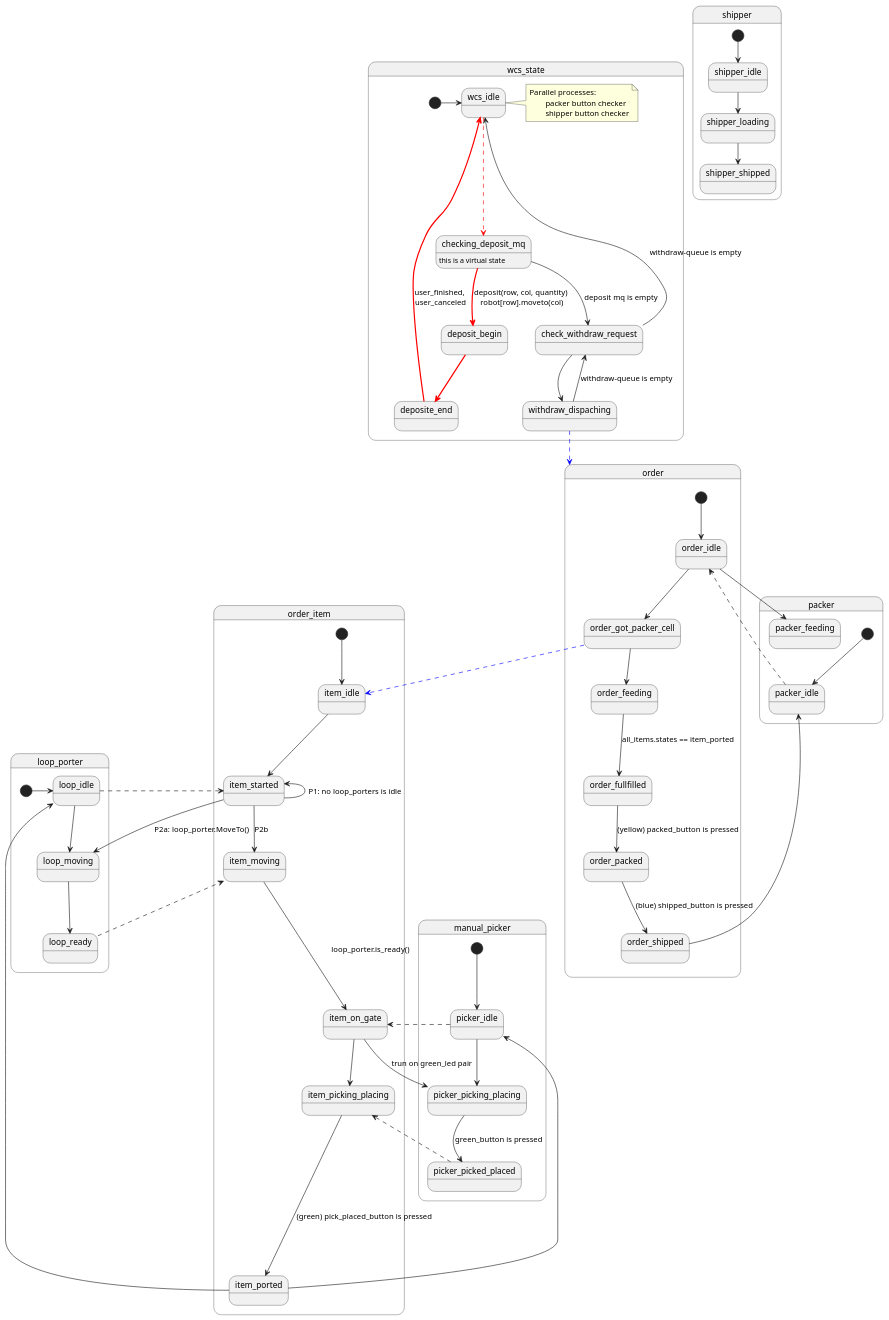
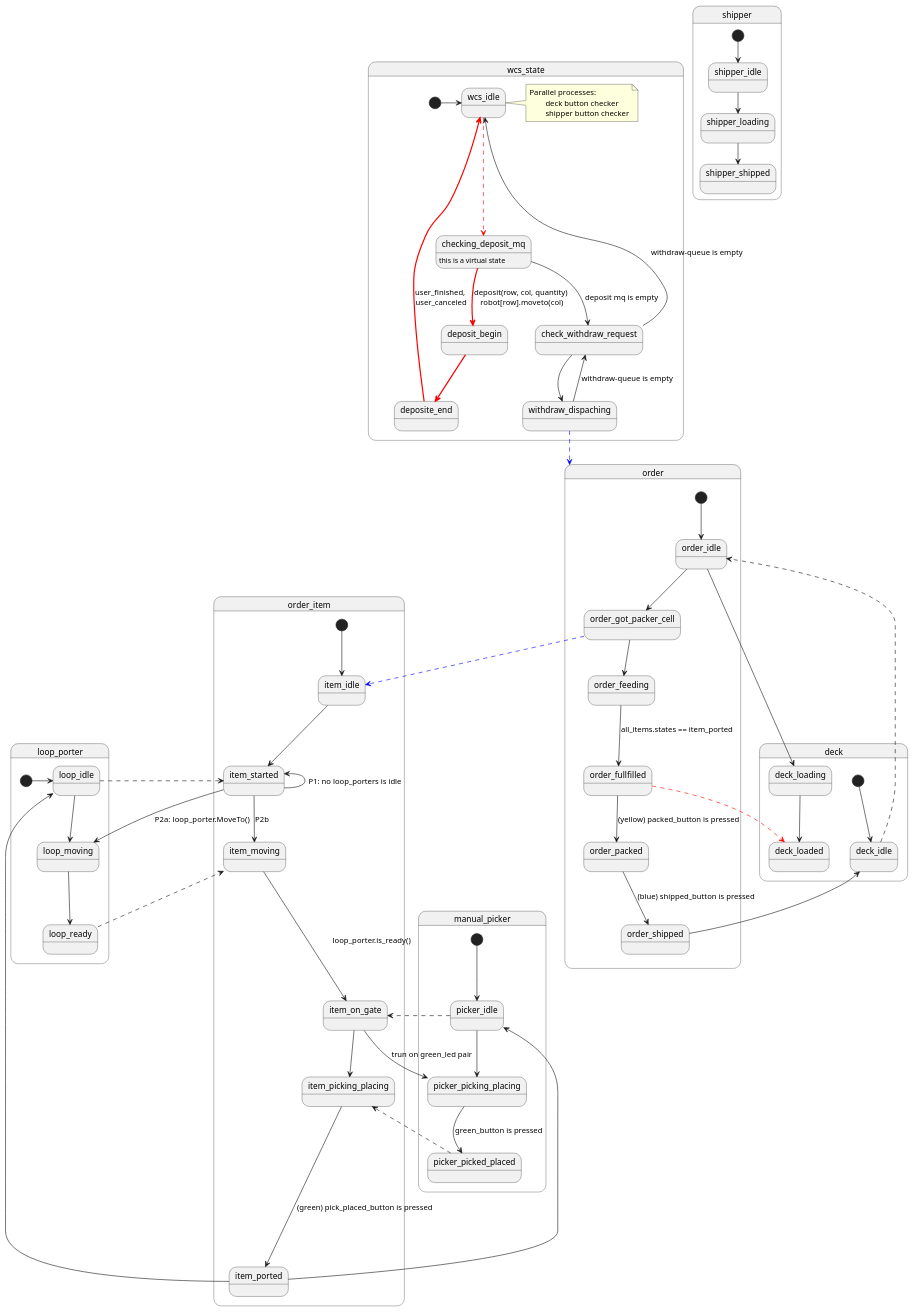
Before and after one commit to voicevon/gobot_front: the diagram in apps/port1234/twh_wcs/docs/wcs_looper_manual_packer_ver2.puml, drawn with PlantUML. The commit also changed 9 other files, not shown here.

```diff
--- a/apps/port1234/twh_wcs/docs/wcs_looper_manual_packer_ver2.puml
+++ b/apps/port1234/twh_wcs/docs/wcs_looper_manual_packer_ver2.puml
@@ -1,90 +1,92 @@
 @startuml
 
 
 
 state order_item{
 	[*] --> item_idle
 	item_idle --> item_started
 	item_started <-- item_started:  P1: no loop_porters is idle
 	item_started --> item_moving: P2b
     item_moving ---> item_on_gate: loop_porter.is_ready()
 	item_on_gate --> item_picking_placing
     item_picking_placing ----> item_ported: (green) pick_placed_button is pressed
 }
 
 state order{
 	[*] --> order_idle
 	order_idle --> order_got_packer_cell
 	order_got_packer_cell --> order_feeding
 	order_feeding --> order_fullfilled:  all_items.states == item_ported
 	order_fullfilled --> order_packed: (yellow) packed_button is pressed
 	order_packed -->order_shipped:  (blue) shipped_button is pressed
 }
-state packer{
-	[*] --> packer_idle
-	state packer_feeding
+state deck{
+	[*] --> deck_idle
+	state deck_loading
+	deck_loading --> deck_loaded
 }
-packer_idle -[dashed]-> order_idle
-order_idle --> packer_feeding
-order_shipped --> packer_idle
+order_fullfilled -[#red,dashed]-> deck_loaded
+deck_idle -[dashed]-> order_idle
+order_idle --> deck_loading
+order_shipped --> deck_idle
 order_got_packer_cell -[#blue,dashed]-> item_idle
 
 
 state loop_porter {
 	[*] -> loop_idle 
 	loop_idle --> loop_moving
 	loop_moving --> loop_ready
 }
 loop_idle -[dashed]---> item_started
 item_started --> loop_moving: P2a: loop_porter.MoveTo()
 loop_ready -[dashed]-> item_moving
 
 
 state manual_picker{
 	[*] --> picker_idle
 	picker_idle --> picker_picking_placing
 	picker_picking_placing --> picker_picked_placed: green_button is pressed
 	
 }
 picker_idle -[dashed]-> item_on_gate
 item_on_gate --> picker_picking_placing: trun on green_led pair
 picker_picked_placed -[dashed]-> item_picking_placing
 item_ported --> picker_idle
 
 state shipper{
 	[*] --> shipper_idle
 	shipper_idle --> shipper_loading
 	shipper_loading --> shipper_shipped
 
 }
 
 state wcs_state{
 	[*] -> wcs_idle
 	wcs_idle-[#red,dashed]-> checking_deposit_mq
 	checking_deposit_mq -[#red,bold]-> deposit_begin: deposit(row, col, quantity) \nrobot[row].moveto(col)
 	deposit_begin -[#red,bold]-> deposite_end
 	deposite_end -[#red,bold]->wcs_idle: user_finished, \nuser_canceled
 	checking_deposit_mq: this is a virtual state
 
 	checking_deposit_mq --> check_withdraw_request: deposit mq is empty
 	check_withdraw_request --> wcs_idle:  withdraw-queue is empty
 	check_withdraw_request --> withdraw_dispaching
 	withdraw_dispaching --> check_withdraw_request: withdraw-queue is empty
 
 	note right of wcs_idle
 	Parallel processes:
-		packer button checker
+		deck button checker
 		shipper button checker
 	end note
 }
 
 withdraw_dispaching -[#blue,dashed]-> order
 
 
 
 item_ported --> loop_idle
 
 
 
 
 @enduml
```
